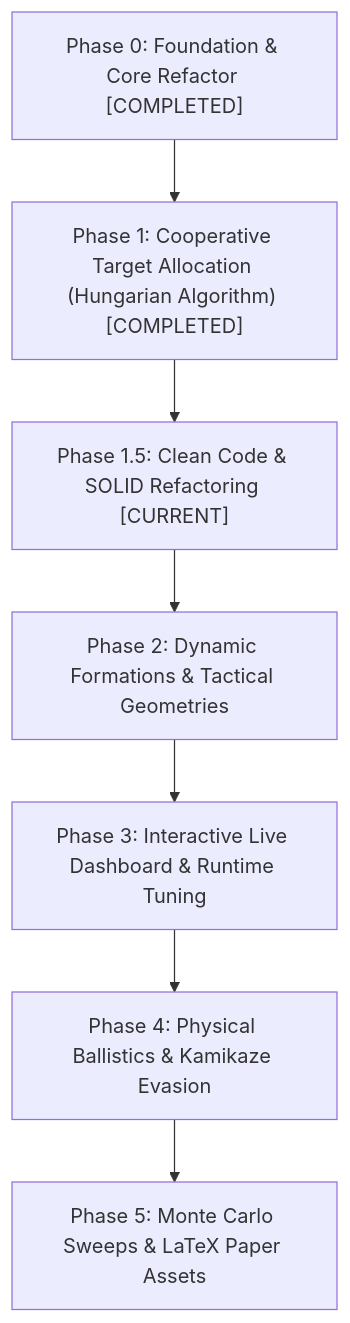
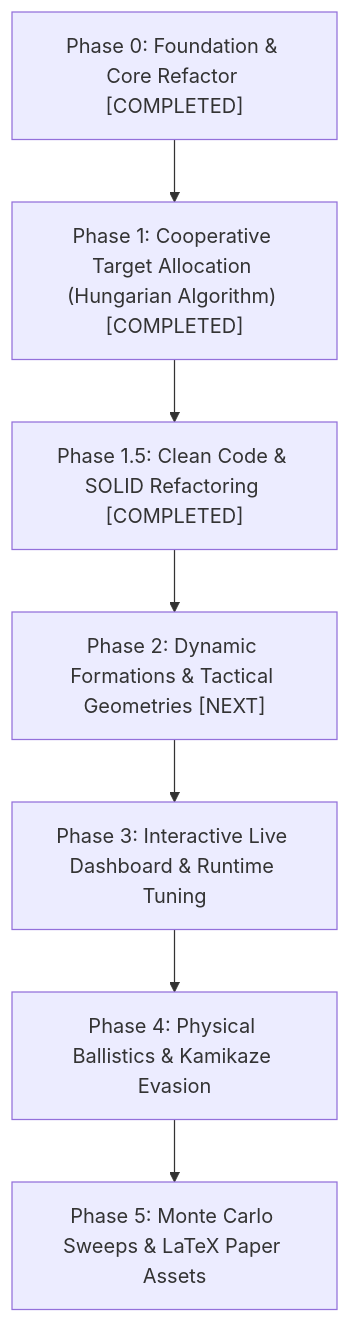
Before and after one commit to luizgiacomossi/Simulation_Wingman: the diagram in ROADMAP.md, drawn with Mermaid. The commit also changed other lines of this file and 4 other files, not shown here.

Commit message:
refactor(phase-1.5): eliminate technical debt, unify attack states, fix weapon LSP, and purge dead code

````diff
--- a/ROADMAP.md
+++ b/ROADMAP.md
@@ -9,9 +9,9 @@
 ```mermaid
 flowchart TD
     P0["Phase 0: Foundation & Core Refactor [COMPLETED]"] --> P1["Phase 1: Cooperative Target Allocation (Hungarian Algorithm) [COMPLETED]"]
-    P1 --> P1_5["Phase 1.5: Clean Code & SOLID Refactoring [CURRENT]"]
-    P1_5 --> P2["Phase 2: Dynamic Formations & Tactical Geometries"]
+    P1 --> P1_5["Phase 1.5: Clean Code & SOLID Refactoring [COMPLETED]"]
+    P1_5 --> P2["Phase 2: Dynamic Formations & Tactical Geometries [NEXT]"]
     P2 --> P3["Phase 3: Interactive Live Dashboard & Runtime Tuning"]
     P3 --> P4["Phase 4: Physical Ballistics & Kamikaze Evasion"]
     P4 --> P5["Phase 5: Monte Carlo Sweeps & LaTeX Paper Assets"]
 ```
````
